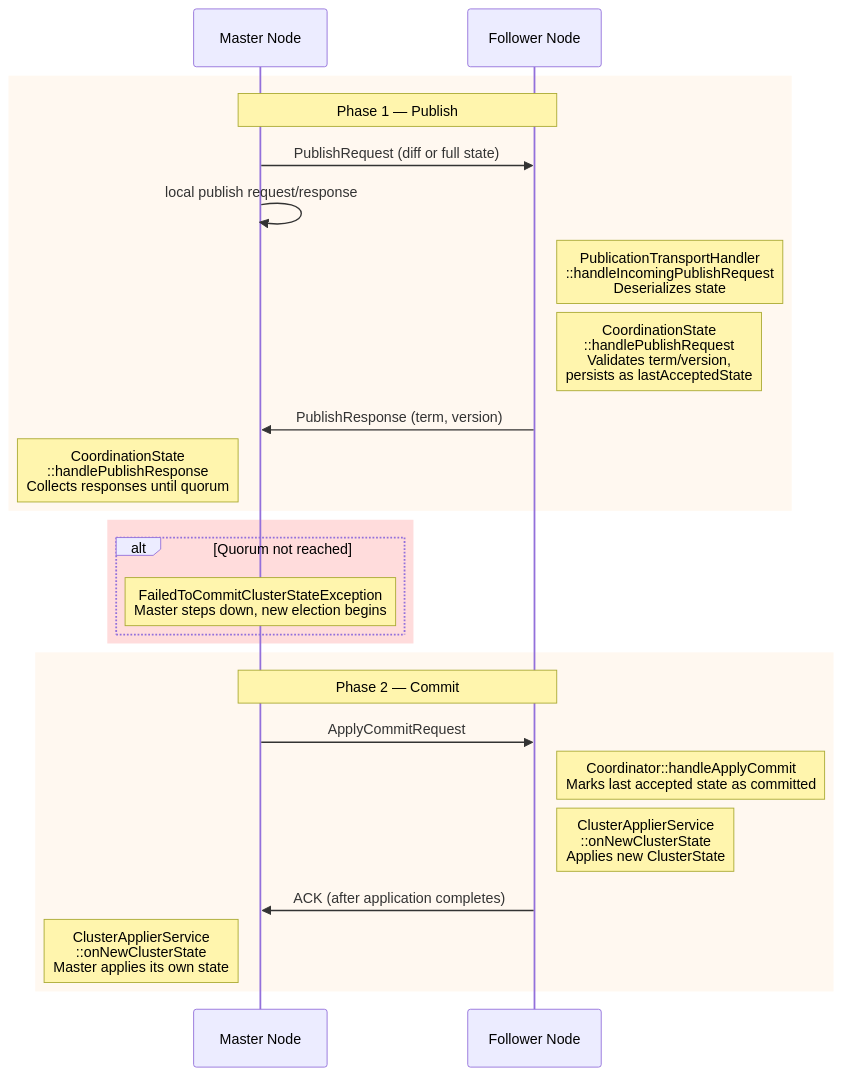
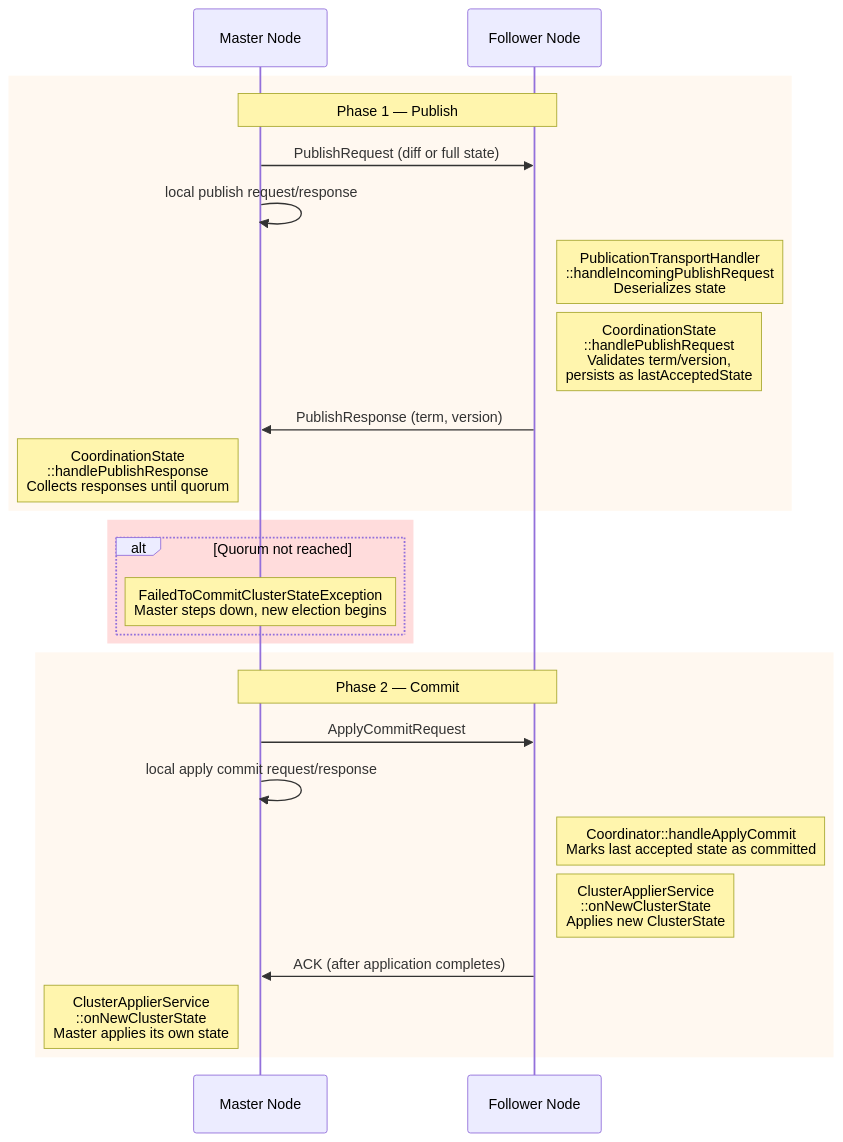
Before and after one commit to DaveCTurner/elasticsearch: the diagram in docs/internal/DistributedArchitectureGuide.md, drawn with Mermaid.

````diff
--- a/docs/internal/DistributedArchitectureGuide.md
+++ b/docs/internal/DistributedArchitectureGuide.md
@@ -443,30 +443,31 @@
 ```mermaid
 sequenceDiagram
     participant M as Master Node
     participant F as Follower Node
 
     rect rgb(255, 248, 240)
     Note over M,F: Phase 1 — Publish
     M->>F: PublishRequest (diff or full state)
     M->>M: local publish request/response
     Note right of F: PublicationTransportHandler<br/>::handleIncomingPublishRequest<br/>Deserializes state
     Note right of F: CoordinationState<br/>::handlePublishRequest<br/>Validates term/version,<br/>persists as lastAcceptedState
     F->>M: PublishResponse (term, version)
     Note left of M: CoordinationState<br/>::handlePublishResponse<br/>Collects responses until quorum
     end
 
     rect rgb(255, 220, 220)
     alt Quorum not reached
         Note over M: FailedToCommitClusterStateException<br/>Master steps down, new election begins
     end
     end
 
     rect rgb(255, 248, 240)
     Note over M,F: Phase 2 — Commit
     M->>F: ApplyCommitRequest
+    M->>M: local apply commit request/response
     Note right of F: Coordinator::handleApplyCommit<br/>Marks last accepted state as committed
     Note right of F: ClusterApplierService<br/>::onNewClusterState<br/>Applies new ClusterState
     F->>M: ACK (after application completes)
     Note left of M: ClusterApplierService<br/>::onNewClusterState<br/>Master applies its own state
     end
 ```
````
